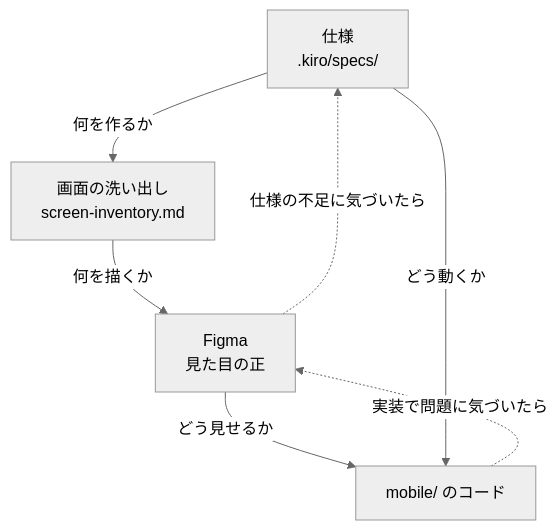
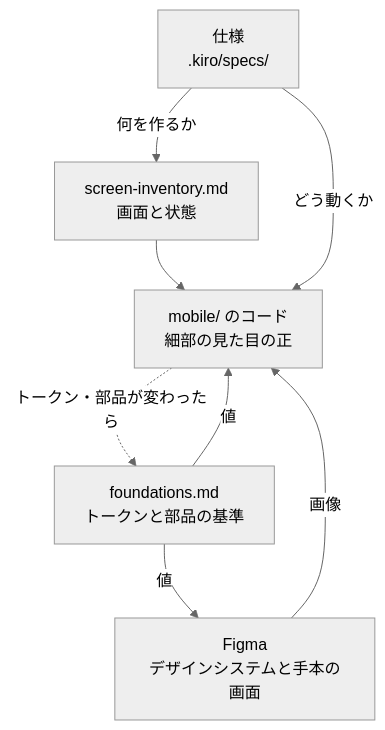
Before and after one commit to ch00z00/uchinokusa: the seventh of 7 diagrams in docs/design/design-to-implementation.md, drawn with Mermaid (neutral theme). The commit also changed other lines of this file and 6 other files, not shown here.

````diff
--- a/docs/design/design-to-implementation.md
+++ b/docs/design/design-to-implementation.md
@@ -251,10 +239,11 @@
 ```mermaid
 flowchart TB
-    SPEC["仕様<br/>.kiro/specs/"] -->|"何を作るか"| INV["画面の洗い出し<br/>screen-inventory.md"]
-    INV -->|"何を描くか"| FIG["Figma<br/>見た目の正"]
-    FIG -->|"どう見せるか"| CODE["mobile/ のコード"]
+    SPEC["仕様<br/>.kiro/specs/"] -->|"何を作るか"| INV["screen-inventory.md<br/>画面と状態"]
+    FND["foundations.md<br/>トークンと部品の基準"] -->|"値"| FIG["Figma<br/>デザインシステムと手本の画面"]
+    FND -->|"値"| CODE["mobile/ のコード<br/>細部の見た目の正"]
+    INV --> CODE
+    FIG -->|"画像"| CODE
     SPEC -->|"どう動くか"| CODE
 
-    FIG -.->|"仕様の不足に気づいたら"| SPEC
-    CODE -.->|"実装で問題に気づいたら"| FIG
+    CODE -.->|"トークン・部品が変わったら"| FND
 ```
````
